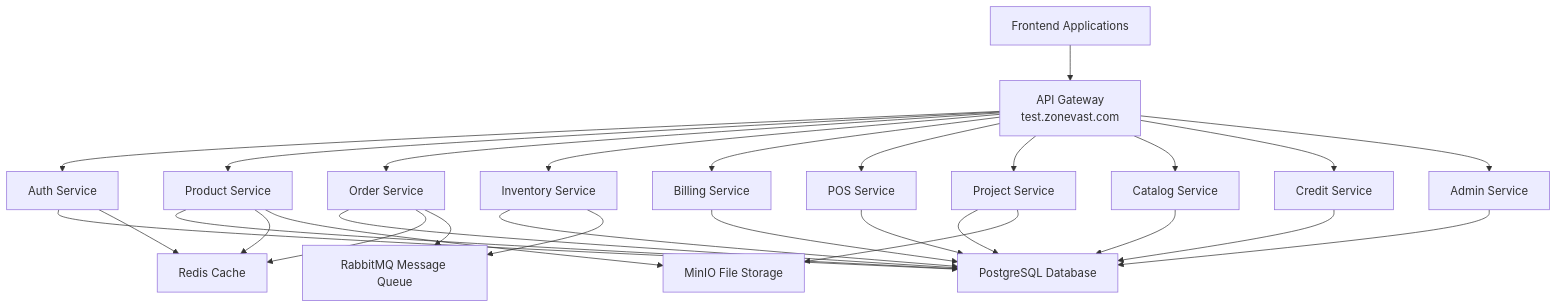
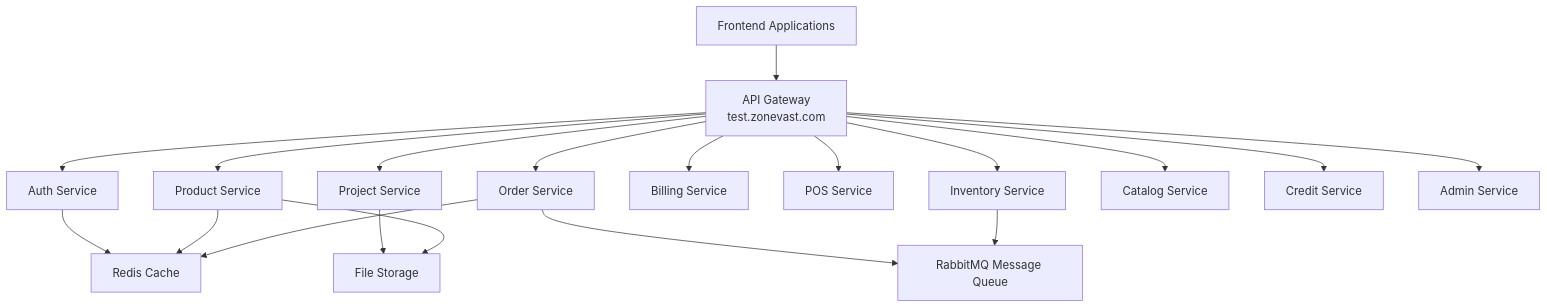
The diagram in docs/architecture.md (zonevast/zonevast-docs), drawn with Mermaid before and after one commit. The commit also changed other lines of this file and 2 other files, not shown here.

Commit message:
docs: Remove all database references

````diff
--- a/docs/architecture.md
+++ b/docs/architecture.md
@@ -7,52 +7,40 @@
 ```mermaid
 graph TB
     Frontend[Frontend Applications]
     Gateway[API Gateway<br/>test.zonevast.com]
     Auth[Auth Service]
     Product[Product Service]
     Order[Order Service]
     Inventory[Inventory Service]
     Billing[Billing Service]
     POS[POS Service]
     Project[Project Service]
     Catalog[Catalog Service]
     Credit[Credit Service]
     Admin[Admin Service]
-    DB[PostgreSQL Database]
+    Cache[Redis Cache]
     MQ[RabbitMQ Message Queue]
-    Cache[Redis Cache]
-    Storage[MinIO File Storage]
+    Storage[File Storage]
 
     Frontend --> Gateway
     Gateway --> Auth
     Gateway --> Product
     Gateway --> Order
     Gateway --> Inventory
     Gateway --> Billing
     Gateway --> POS
     Gateway --> Project
     Gateway --> Catalog
     Gateway --> Credit
     Gateway --> Admin
 
-    Auth --> DB
-    Product --> DB
-    Order --> DB
-    Inventory --> DB
-    Billing --> DB
-    POS --> DB
-    Project --> DB
-    Catalog --> DB
-    Credit --> DB
-    Admin --> DB
-
     Auth --> Cache
     Product --> Cache
     Order --> Cache
 
     Order --> MQ
     Inventory --> MQ
 
     Project --> Storage
     Product --> Storage
 ```
````
